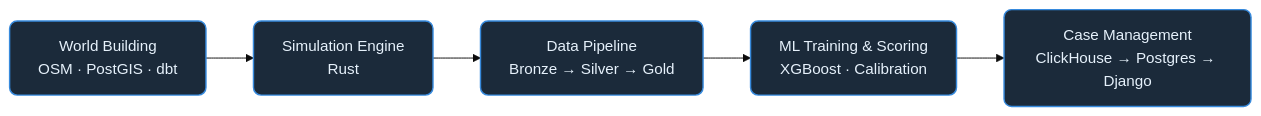
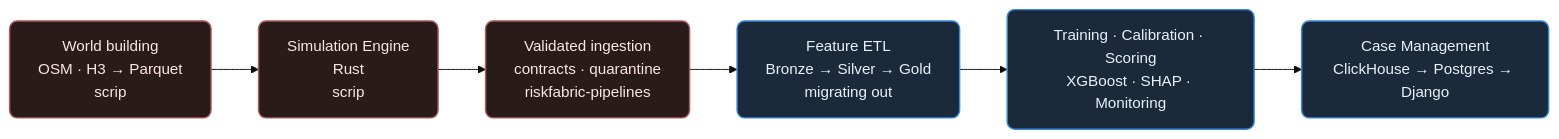
Before and after one commit to harshafaik/riskfabric-ml: the diagram in documentation/index.md, drawn with Mermaid (base theme). The commit also changed other lines of this file and 21 other files, not shown here.

````diff
--- a/documentation/index.md
+++ b/documentation/index.md
@@ -18,12 +32,14 @@
 ```mermaid
 flowchart LR
+    classDef external fill:#2a1b1b,stroke:#AD5A5A,stroke-width:1.5px,rx:8px,ry:8px,color:#FBE6E6,font-size:16px;
     classDef stage fill:#1b2a3a,stroke:#378ADD,stroke-width:1.5px,rx:8px,ry:8px,color:#E6F1FB,font-size:16px;
 
-    A["World Building<br/>OSM · PostGIS · dbt"]:::stage
-    B["Simulation Engine<br/>Rust"]:::stage
-    C["Data Pipeline<br/>Bronze → Silver → Gold"]:::stage
-    D["ML Training & Scoring<br/>XGBoost · Calibration"]:::stage
-    E["Case Management<br/>ClickHouse → Postgres → Django"]:::stage
+    A["World building<br/>OSM · H3 → Parquet<br/>scrip"]:::external
+    B["Simulation Engine<br/>Rust<br/>scrip"]:::external
+    C["Validated ingestion<br/>contracts · quarantine<br/>riskfabric-pipelines"]:::external
+    D["Feature ETL<br/>Bronze → Silver → Gold<br/>migrating out"]:::stage
+    E["Training · Calibration · Scoring<br/>XGBoost · SHAP · Monitoring"]:::stage
+    F["Case Management<br/>ClickHouse → Postgres → Django"]:::stage
 
-    A --> B --> C --> D --> E
+    A --> B --> C --> D --> E --> F
 ```
````
